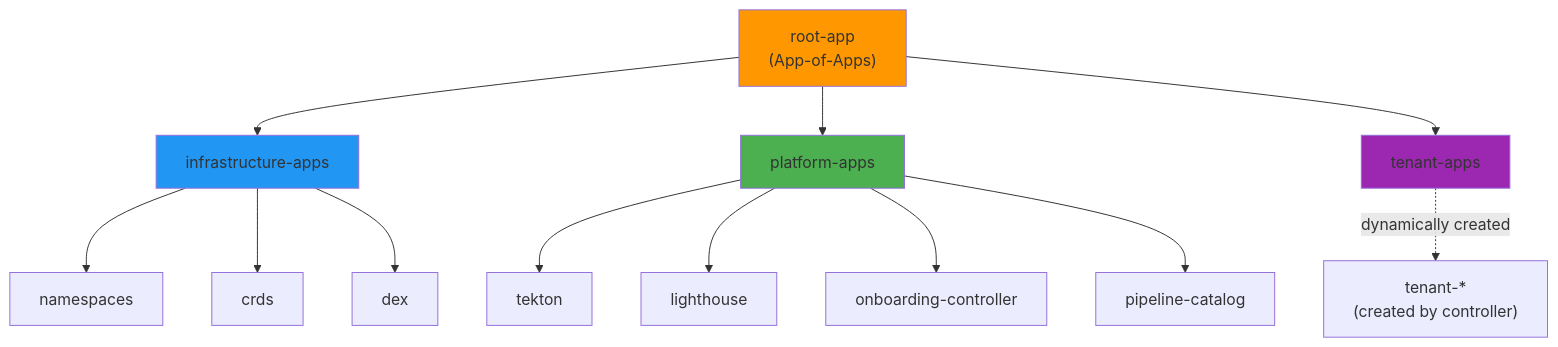
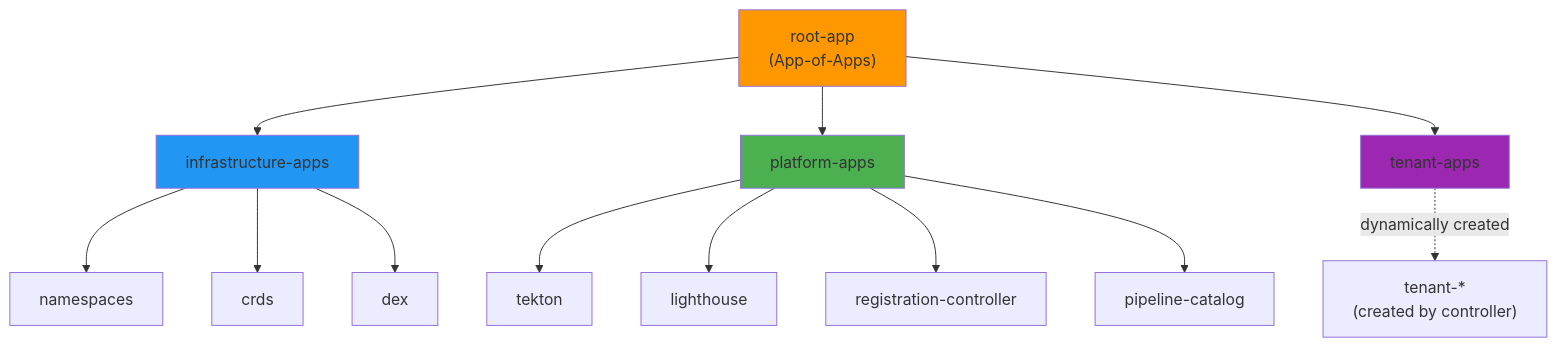
The third of 4 diagrams in .kiro/specs/jenkinsx-gitops-platform/design.md (bdchatham/AphexPlatformInfrastructure), drawn with Mermaid before and after one commit. The commit also changed other lines of this file and 1 other file, not shown here.

First line of the commit message:
Simplify webhook approach: manual webhooks with platform-generated secrets

````diff
--- a/.kiro/specs/jenkinsx-gitops-platform/design.md
+++ b/.kiro/specs/jenkinsx-gitops-platform/design.md
@@ -100,24 +100,24 @@
 ```mermaid
 graph TD
     Root["root-app<br/>(App-of-Apps)"]
     
     Root --> InfraApps["infrastructure-apps"]
     Root --> PlatformApps["platform-apps"]
     Root --> TenantApps["tenant-apps"]
     
     InfraApps --> Namespaces["namespaces"]
     InfraApps --> CRDs["crds"]
     InfraApps --> Dex["dex"]
     
     PlatformApps --> Tekton["tekton"]
     PlatformApps --> Lighthouse["lighthouse"]
-    PlatformApps --> Onboarding["onboarding-controller"]
+    PlatformApps --> Registration["registration-controller"]
     PlatformApps --> Catalog["pipeline-catalog"]
     
     TenantApps -.->|dynamically created| TenantApp["tenant-*<br/>(created by controller)"]
     
     style Root fill:#ff9800
     style InfraApps fill:#2196f3
     style PlatformApps fill:#4caf50
     style TenantApps fill:#9c27b0
 ```
````
